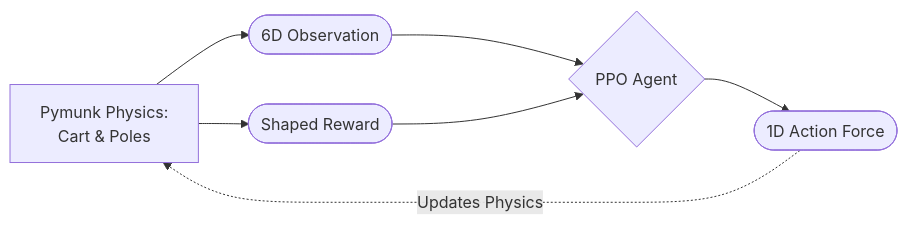
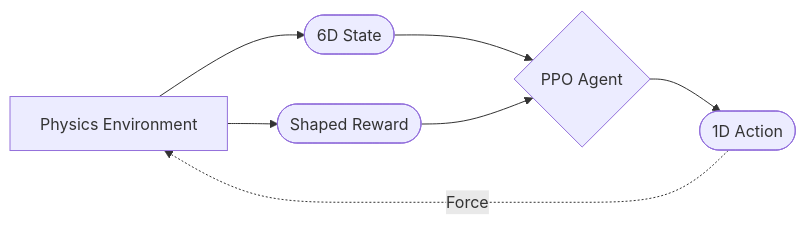
One commit to SabbellaLaharika/Reinforcement-Learning-double-inverted-pendulum changed the diagram in README.md. Above: the diagram before and after it, drawn with Mermaid.

Commit message:
Optimize Mermaid architecture diagram and adjust UI alignment

````diff
--- a/README.md
+++ b/README.md
@@ -11,12 +11,11 @@
 ```mermaid
-flowchart LR
-    %% Ultra-clean RL Loop
-    State[Pymunk Physics:<br>Cart & Poles] --> Obs([6D Observation])
-    State --> Reward([Shaped Reward])
+graph LR
+    Env[Physics Environment] --> Obs([6D State])
+    Env --> Rew([Shaped Reward])
     
     Obs --> PPO{PPO Agent}
-    Reward --> PPO
+    Rew --> PPO
     
-    PPO --> Action([1D Action Force])
-    Action -.->|Updates Physics| State
+    PPO --> Act([1D Action])
+    Act -.->|Force| Env
 ```
````
